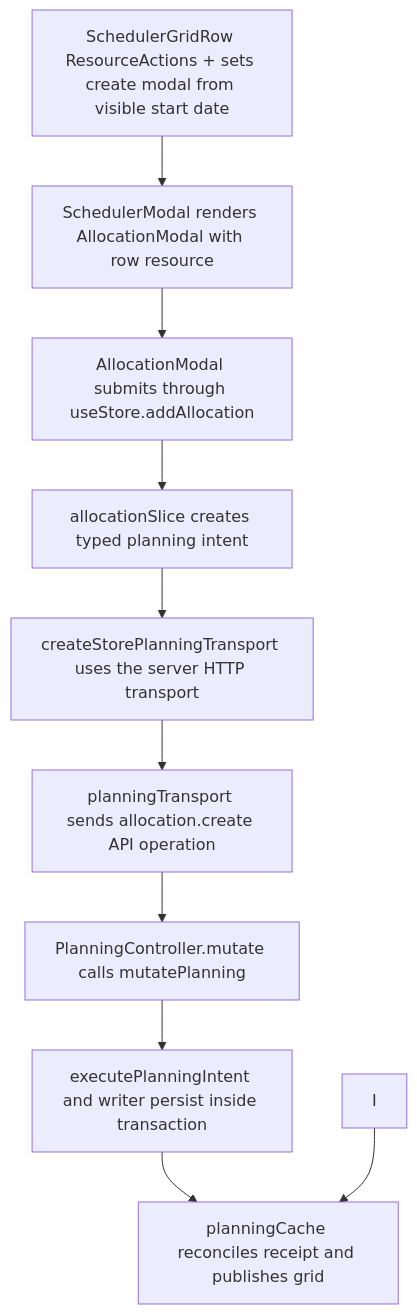
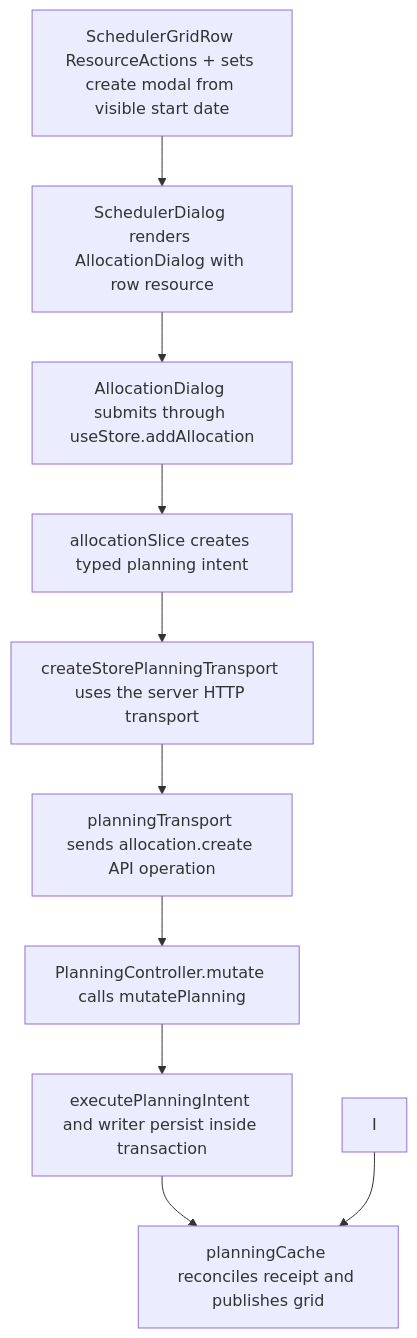
Before and after one commit to Kevinjohn/capacitylens: the second of 2 diagrams in user-stories/scheduler/US-SCH-17-row-quick-create.md, drawn with Mermaid. The commit also changed other lines of this file and 47 other files, not shown here.

First line of the commit message:
Allocation dialog: rename allocation modal files and types

````diff
--- a/user-stories/scheduler/US-SCH-17-row-quick-create.md
+++ b/user-stories/scheduler/US-SCH-17-row-quick-create.md
@@ -40,12 +40,12 @@
 ```mermaid
 flowchart TD
-  A["SchedulerGridRow ResourceActions + sets create modal from visible start date"] --> B["SchedulerModal renders AllocationModal with row resource"]
-  B --> C["AllocationModal submits through useStore.addAllocation"]
+  A["SchedulerGridRow ResourceActions + sets create modal from visible start date"] --> B["SchedulerDialog renders AllocationDialog with row resource"]
+  B --> C["AllocationDialog submits through useStore.addAllocation"]
   C --> D["allocationSlice creates typed planning intent"]
   D --> E["createStorePlanningTransport uses the server HTTP transport"]
   E --> F["planningTransport sends allocation.create API operation"]
   F --> G["PlanningController.mutate calls mutatePlanning"]
   G --> H["executePlanningIntent and writer persist inside transaction"]
   H --> J["planningCache reconciles receipt and publishes grid"]
   I --> J
 ```
````
